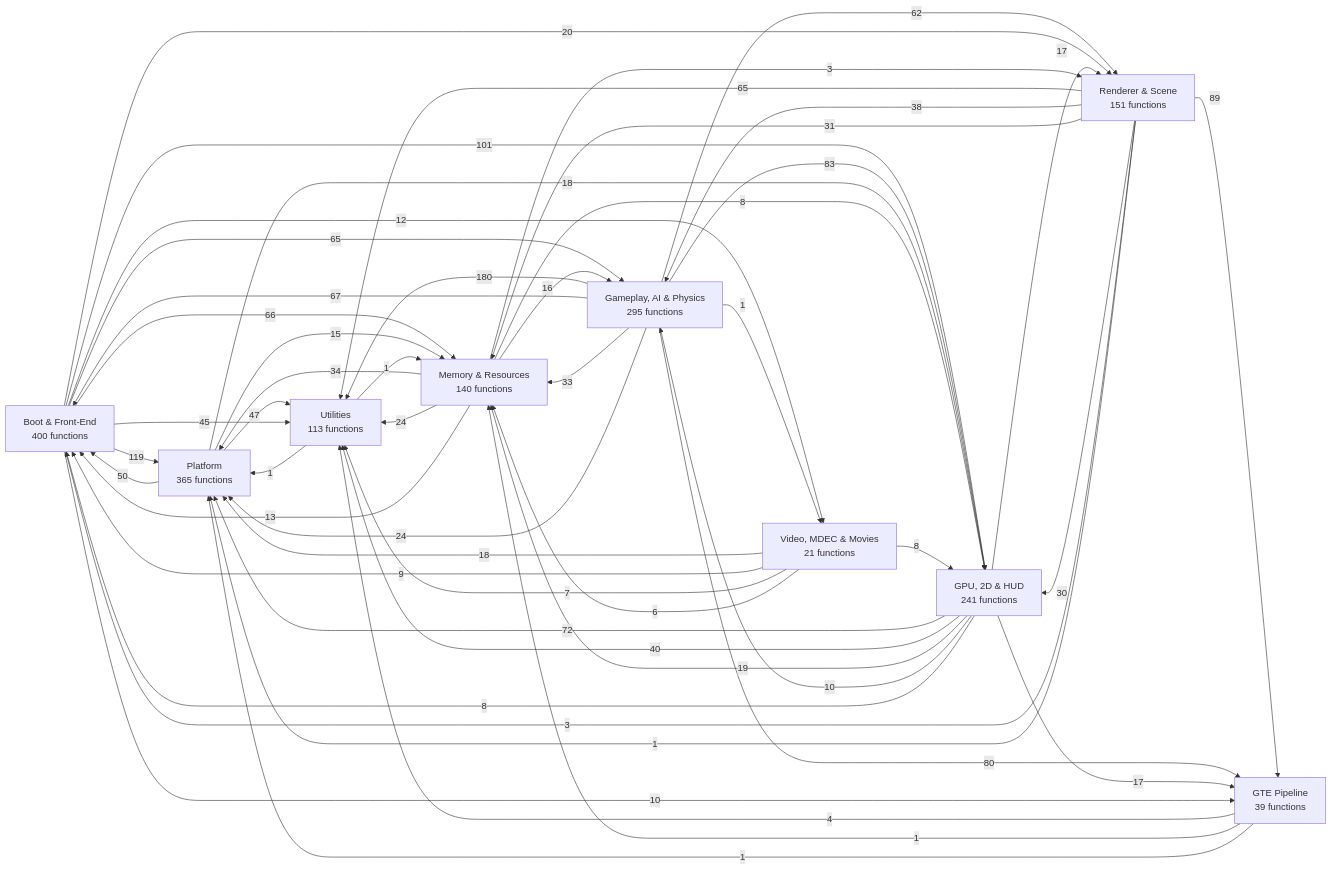
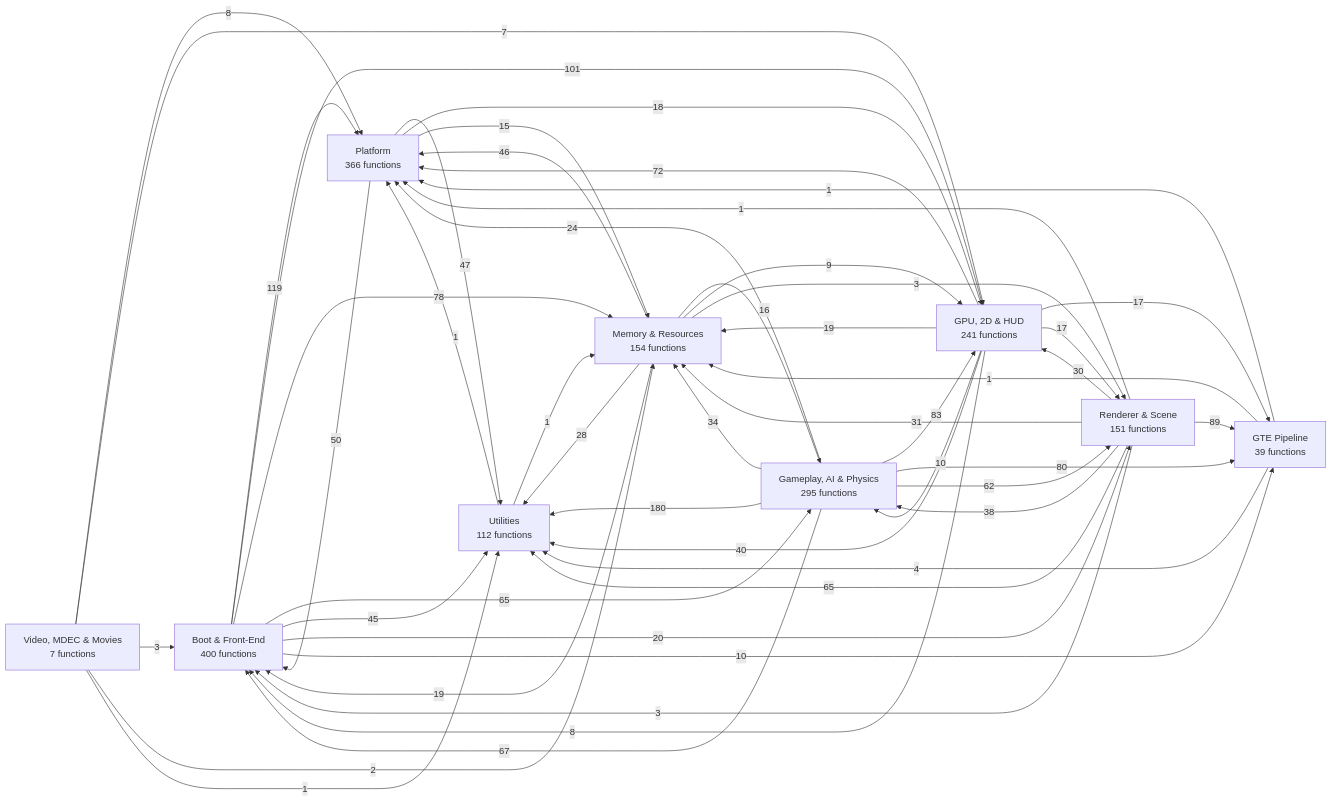
One commit to kai-luni/Future-Cop-L.A.P.D-PS1 changed the first of 11 diagrams in docs/FUNCTION_MAP.md. Above: the diagram before and after it, drawn with Mermaid. The commit also changed other lines of this file and 287 other files, not shown here.

````diff
--- a/docs/FUNCTION_MAP.md
+++ b/docs/FUNCTION_MAP.md
@@ -13,62 +13,60 @@
 ```mermaid
 graph LR
     g0["Boot & Front-End<br/>400 functions"]
-    g1["Memory & Resources<br/>140 functions"]
-    g2["Video, MDEC & Movies<br/>21 functions"]
+    g1["Memory & Resources<br/>154 functions"]
+    g2["Video, MDEC & Movies<br/>7 functions"]
     g3["GTE Pipeline<br/>39 functions"]
     g4["Renderer & Scene<br/>151 functions"]
     g5["GPU, 2D & HUD<br/>241 functions"]
     g6["Gameplay, AI & Physics<br/>295 functions"]
-    g7["Platform<br/>365 functions"]
-    g8["Utilities<br/>113 functions"]
+    g7["Platform<br/>366 functions"]
+    g8["Utilities<br/>112 functions"]
     g6 -->|180| g8
     g0 -->|119| g7
     g0 -->|101| g5
     g4 -->|89| g3
     g6 -->|83| g5
     g6 -->|80| g3
+    g0 -->|78| g1
     g5 -->|72| g7
     g6 -->|67| g0
-    g0 -->|66| g1
     g0 -->|65| g6
     g4 -->|65| g8
     g6 -->|62| g4
     g7 -->|50| g0
     g7 -->|47| g8
+    g1 -->|46| g7
     g0 -->|45| g8
     g5 -->|40| g8
     g4 -->|38| g6
-    g1 -->|34| g7
-    g6 -->|33| g1
+    g6 -->|34| g1
     g4 -->|31| g1
     g4 -->|30| g5
+    g1 -->|28| g8
     g6 -->|24| g7
-    g1 -->|24| g8
     g0 -->|20| g4
     g5 -->|19| g1
+    g1 -->|19| g0
     g7 -->|18| g5
-    g2 -->|18| g7
     g5 -->|17| g3
     g5 -->|17| g4
     g1 -->|16| g6
     g7 -->|15| g1
-    g1 -->|13| g0
-    g0 -->|12| g2
     g0 -->|10| g3
     g5 -->|10| g6
-    g2 -->|9| g0
+    g1 -->|9| g5
     g5 -->|8| g0
-    g1 -->|8| g5
-    g2 -->|8| g5
-    g2 -->|7| g8
-    g2 -->|6| g1
+    g2 -->|8| g7
+    g2 -->|7| g5
     g3 -->|4| g8
     g1 -->|3| g4
     g4 -->|3| g0
+    g2 -->|3| g0
+    g2 -->|2| g1
     g3 -->|1| g1
     g3 -->|1| g7
-    g6 -->|1| g2
     g4 -->|1| g7
     g8 -->|1| g1
     g8 -->|1| g7
+    g2 -->|1| g8
 ```
````
